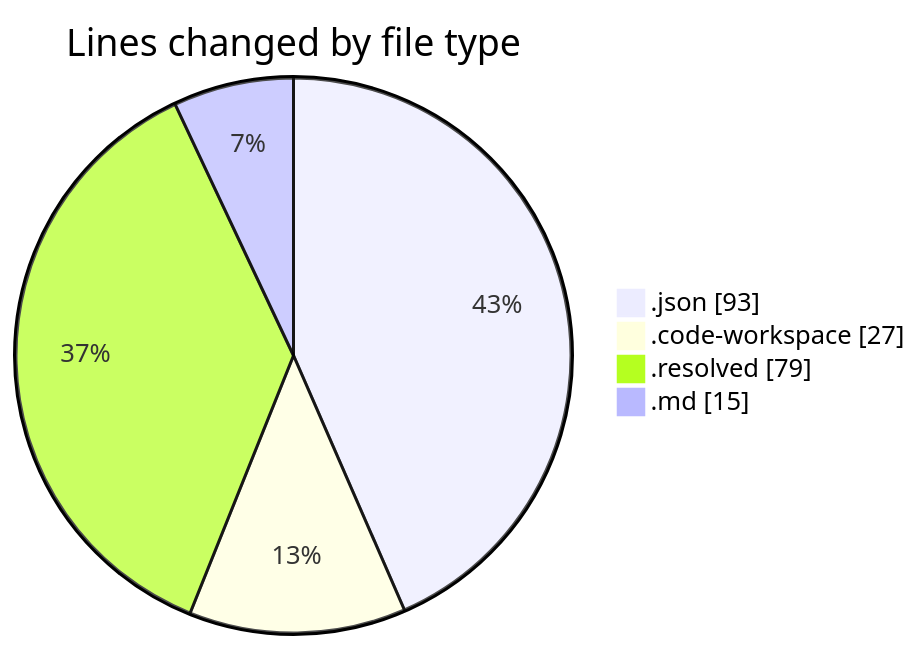
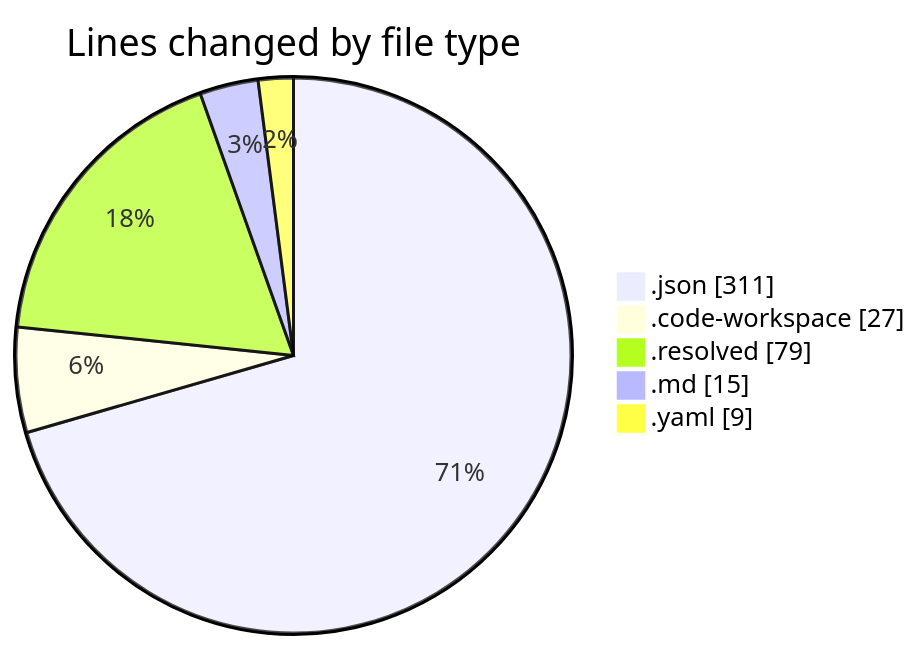
Before and after one commit to jadenblack/code-tracking: the first of 2 diagrams in 2026-02-27/shadcn-admin-kit-main__workspace_/README.md, drawn with Mermaid. The commit also changed other lines of this file and 1 other file, not shown here.

````diff
--- a/2026-02-27/shadcn-admin-kit-main__workspace_/README.md
+++ b/2026-02-27/shadcn-admin-kit-main__workspace_/README.md
@@ -25,8 +28,9 @@
 ```mermaid
 pie showData
 title Lines changed by file type
-".json" : 93
+".json" : 311
 ".code-workspace" : 27
 ".resolved" : 79
 ".md" : 15
+".yaml" : 9
 ```
````
